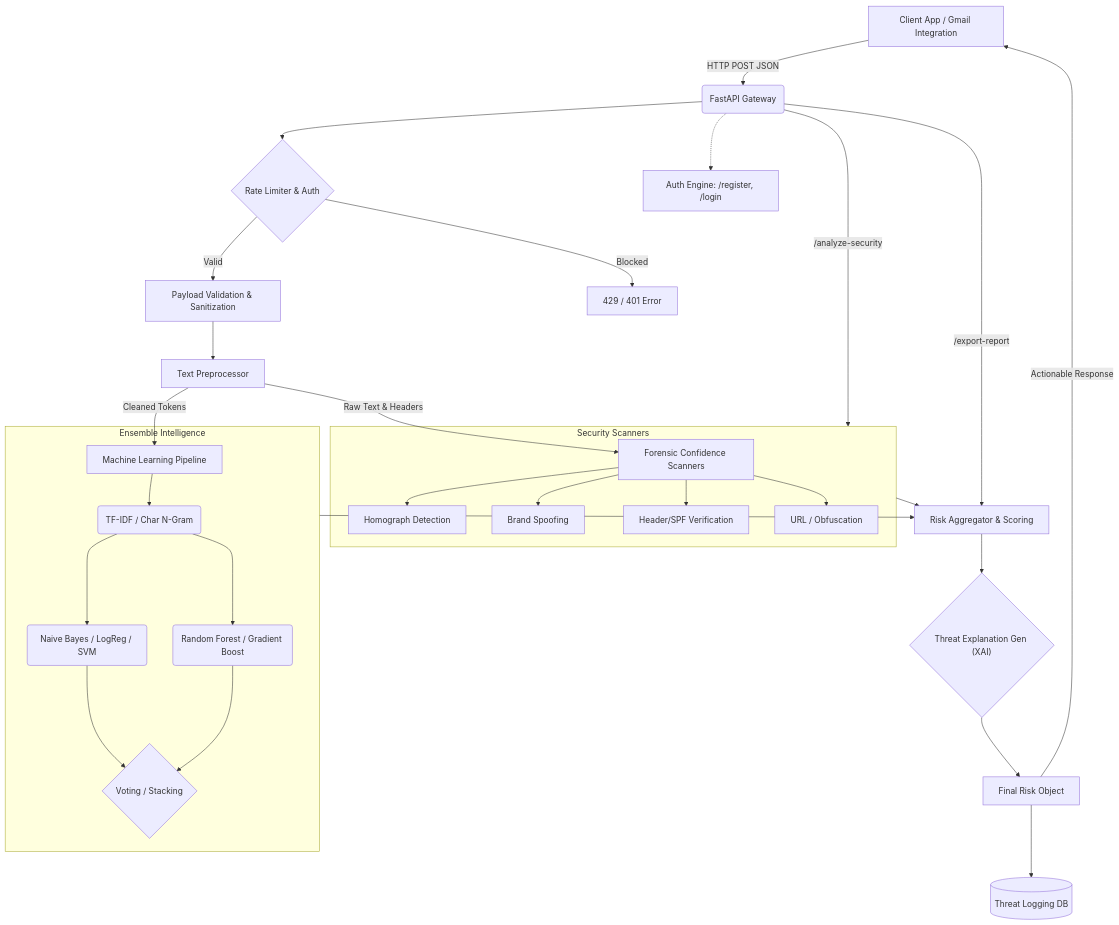
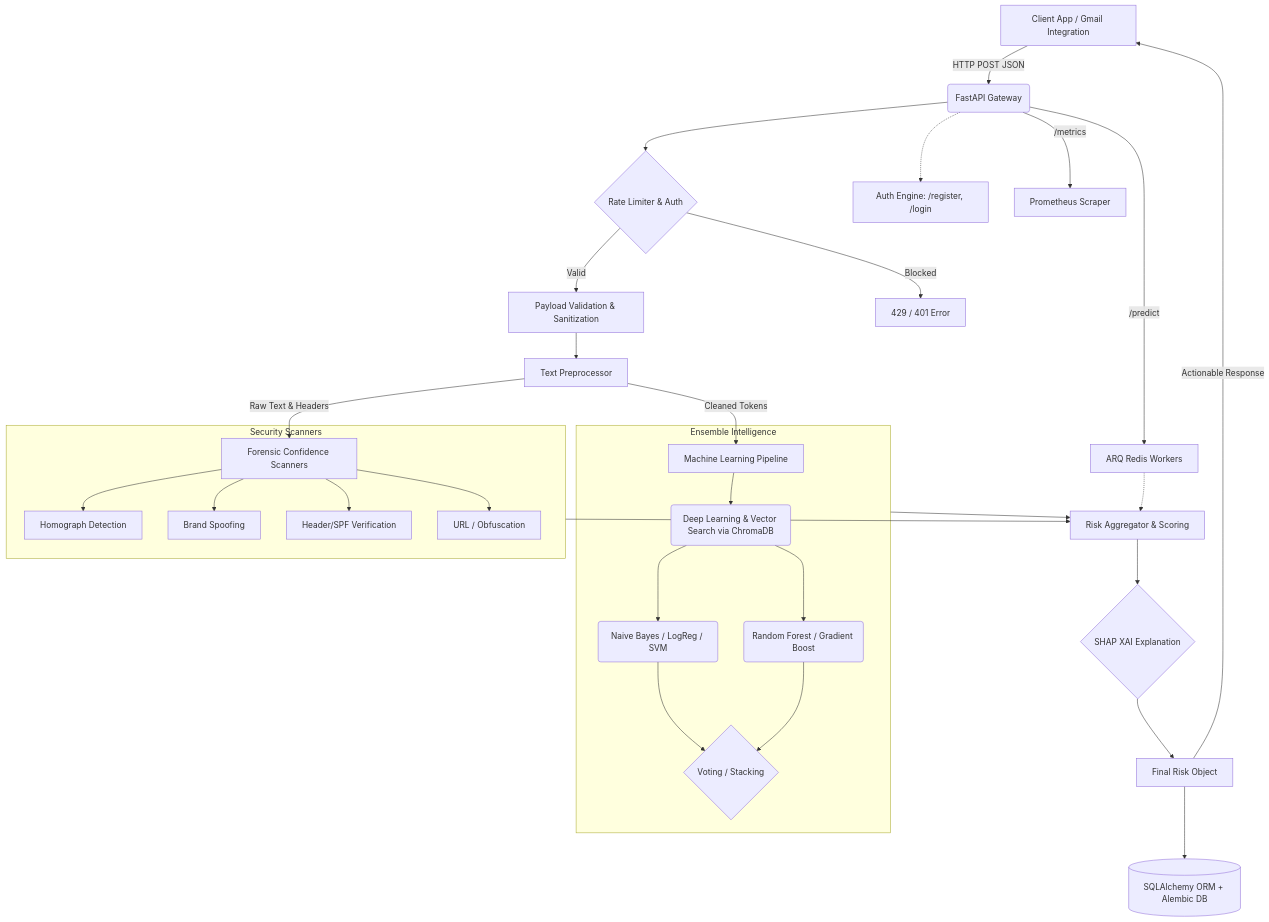
The diagram in docs/ARCHITECTURE.md (VIPHACKER100/PhishShield-Engine), drawn with Mermaid before and after one commit. The commit also changed other lines of this file and 4 other files, not shown here.

Commit message:
docs: add comprehensive project documentation for enterprise deployment, ML training, and architecture

````diff
--- a/docs/ARCHITECTURE.md
+++ b/docs/ARCHITECTURE.md
@@ -11,55 +11,56 @@
 ```mermaid
 graph TD
     %% Entry points
     A[Client App / Gmail Integration] -->|HTTP POST JSON| B(FastAPI Gateway)
     
     %% Security & Auth
     B --> C{Rate Limiter & Auth}
     C -- Valid --> D[Payload Validation & Sanitization]
     C -- Blocked --> E[429 / 401 Error]
 
     %% Main Auth Endpoints
     B -.-> B_Auth[Auth Engine: /register, /login]
 
     %% Transformation
     D --> F[Text Preprocessor]
     
     %% Twin pipelines
     F -->|Raw Text & Headers| G[Forensic Confidence Scanners]
     F -->|Cleaned Tokens| H[Machine Learning Pipeline]
 
     %% Scanners
     subgraph Forensics[Security Scanners]
         G1[Homograph Detection]
         G2[Brand Spoofing]
         G3[Header/SPF Verification]
         G4[URL / Obfuscation]
         G --> G1 & G2 & G3 & G4
     end
 
     %% ML Engine
     subgraph MachineLearning[Ensemble Intelligence]
-        H1(TF-IDF / Char N-Gram)
+        H1(Deep Learning & Vector Search via ChromaDB)
         H2(Naive Bayes / LogReg / SVM)
         H3(Random Forest / Gradient Boost)
         H --> H1
         H1 --> H2 & H3
         H2 & H3 --> H4{Voting / Stacking}
     end
 
     %% Aggregation
     Forensics --> I[Risk Aggregator & Scoring]
     MachineLearning --> I
     
-    %% Special Analysis Endpoints
-    B -- /analyze-security --> Forensics
-    B -- /export-report --> I
-
+    %% Background Jobs & Analytics
+    B -- /metrics --> P[Prometheus Scraper]
+    B -- /predict --> ARQ[ARQ Redis Workers]
+    ARQ -.-> I
+    
     %% Output
-    I --> J{"Threat Explanation Gen (XAI)"}
+    I --> J{"SHAP XAI Explanation"}
     J --> K[Final Risk Object]
     
     %% Logging & Storage
-    K --> L[(Threat Logging DB)]
+    K --> L[(SQLAlchemy ORM + Alembic DB)]
     K -->|Actionable Response| A
 ```
````
